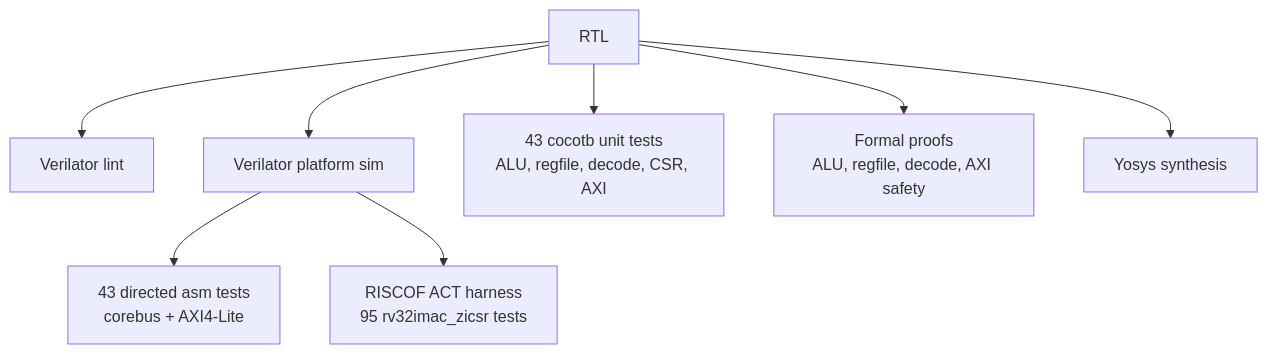
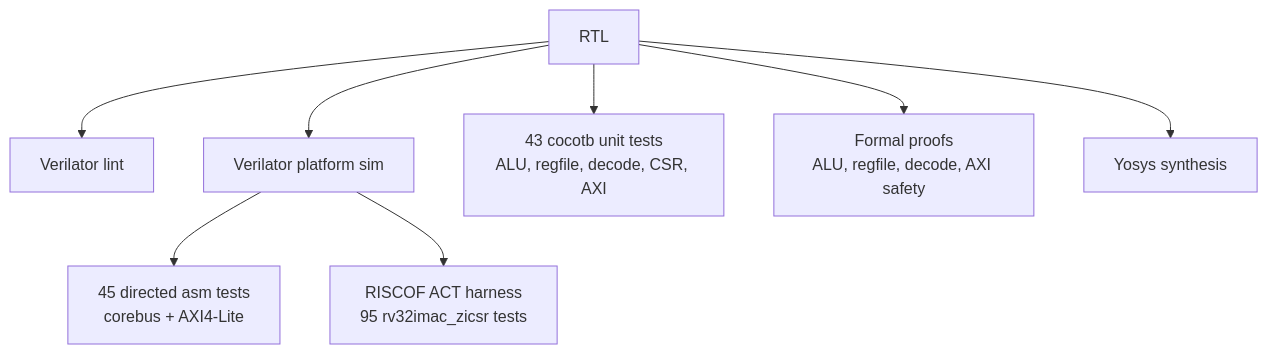
The third of 3 diagrams in README.md (kiranreddi/sisrv-platform), drawn with Mermaid before and after one commit. The commit also changed other lines of this file and 37 other files, not shown here.

````diff
--- a/README.md
+++ b/README.md
@@ -85,10 +85,10 @@
 ```mermaid
 flowchart TB
   RTL["RTL"] --> Lint["Verilator lint"]
   RTL --> Sim["Verilator platform sim"]
-  Sim --> ASM["43 directed asm tests\ncorebus + AXI4-Lite"]
+  Sim --> ASM["45 directed asm tests\ncorebus + AXI4-Lite"]
   RTL --> Cocotb["43 cocotb unit tests\nALU, regfile, decode, CSR, AXI"]
   RTL --> Formal["Formal proofs\nALU, regfile, decode, AXI safety"]
   RTL --> Synth["Yosys synthesis"]
   Sim --> RISCOF["RISCOF ACT harness\n95 rv32imac_zicsr tests"]
 ```
````
